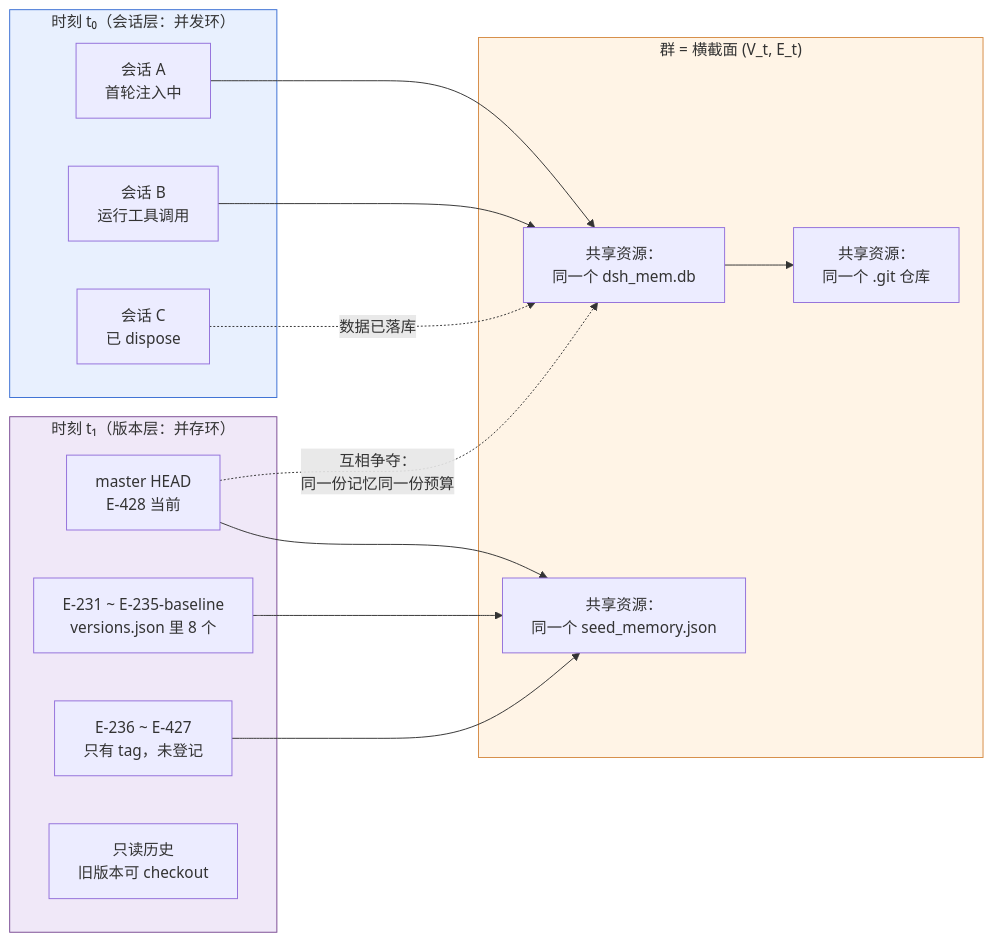
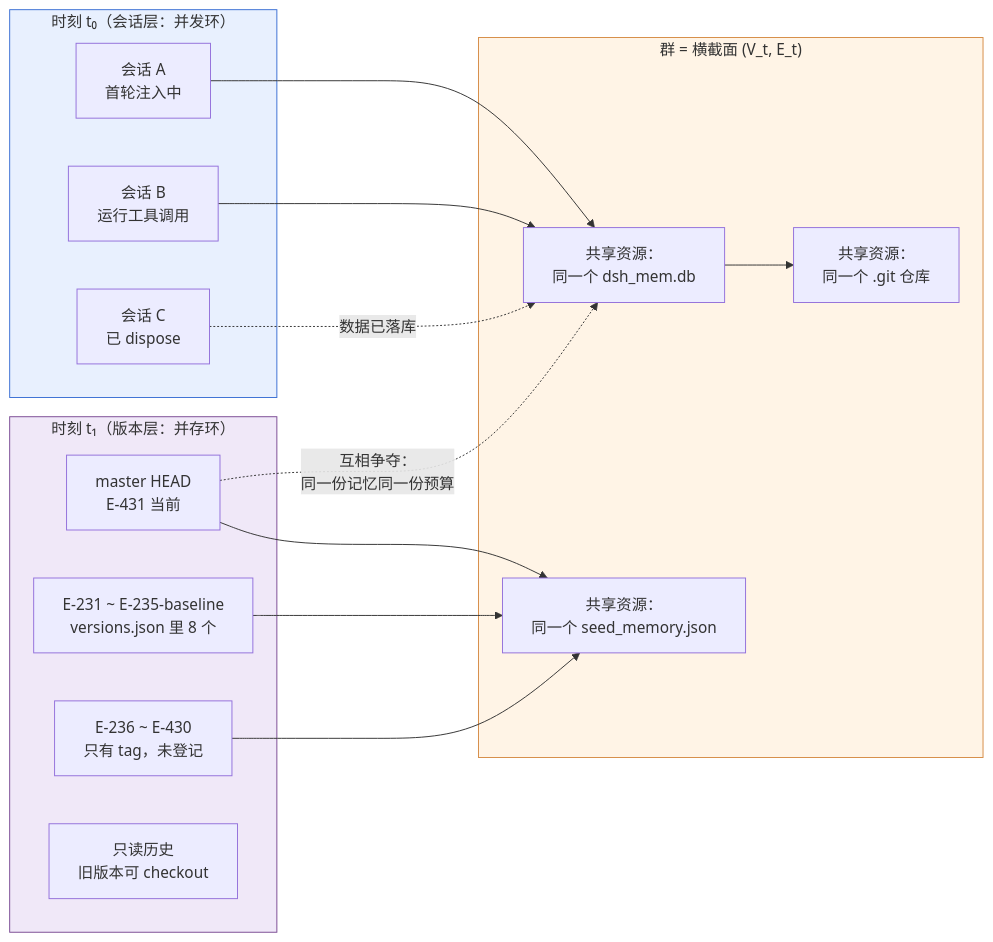
One commit to Roxy-DD/fatfish-heart changed the fifth of 8 diagrams in docs/78 生命周期图-环管群.md. Above: the diagram before and after it, drawn with Mermaid. The commit also changed other lines of this file and 21 other files, not shown here.

````diff
--- a/docs/78 生命周期图-环管群.md
+++ b/docs/78 生命周期图-环管群.md
@@ -190,34 +190,34 @@
 ```mermaid
 flowchart LR
     subgraph T0["时刻 t₀（会话层：并发环）"]
         S1["会话 A<br/>首轮注入中"]
         S2["会话 B<br/>运行工具调用"]
         S3["会话 C<br/>已 dispose"]
     end
 
     subgraph T1["时刻 t₁（版本层：并存环）"]
-        G1["master HEAD<br/>E-428 当前"]
+        G1["master HEAD<br/>E-431 当前"]
         G2["E-231 ~ E-235-baseline<br/>versions.json 里 8 个"]
-        G3["E-236 ~ E-427<br/>只有 tag，未登记"]
+        G3["E-236 ~ E-430<br/>只有 tag，未登记"]
         G4["只读历史<br/>旧版本可 checkout"]
     end
 
     subgraph NET["群 = 横截面 (V_t, E_t)"]
         N1["共享资源：<br/>同一个 dsh_mem.db"]
         N2["共享资源：<br/>同一个 seed_memory.json"]
         N3["共享资源：<br/>同一个 .git 仓库"]
     end
 
     S1 --> N1
     S2 --> N1
     S3 -.->|"数据已落库"| N1
     G1 --> N2
     G2 --> N2
     G3 --> N2
     N1 --> N3
     G1 -.->|"互相争夺：<br/>同一份记忆同一份预算"| N1
 
     style NET fill:#fff4e6,stroke:#d68c45
     style T0 fill:#e8f0fe,stroke:#3b6fd4
     style T1 fill:#f0e8f8,stroke:#7b4b94
 ```
````
